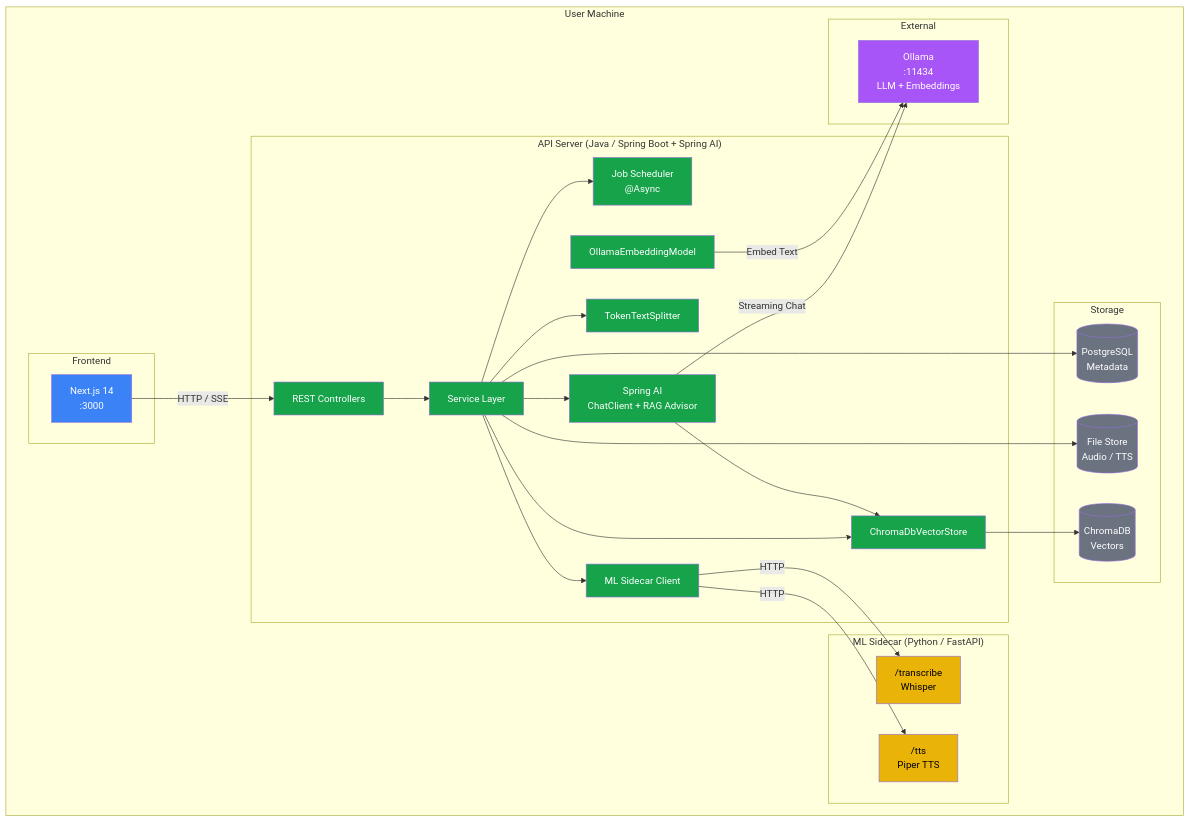
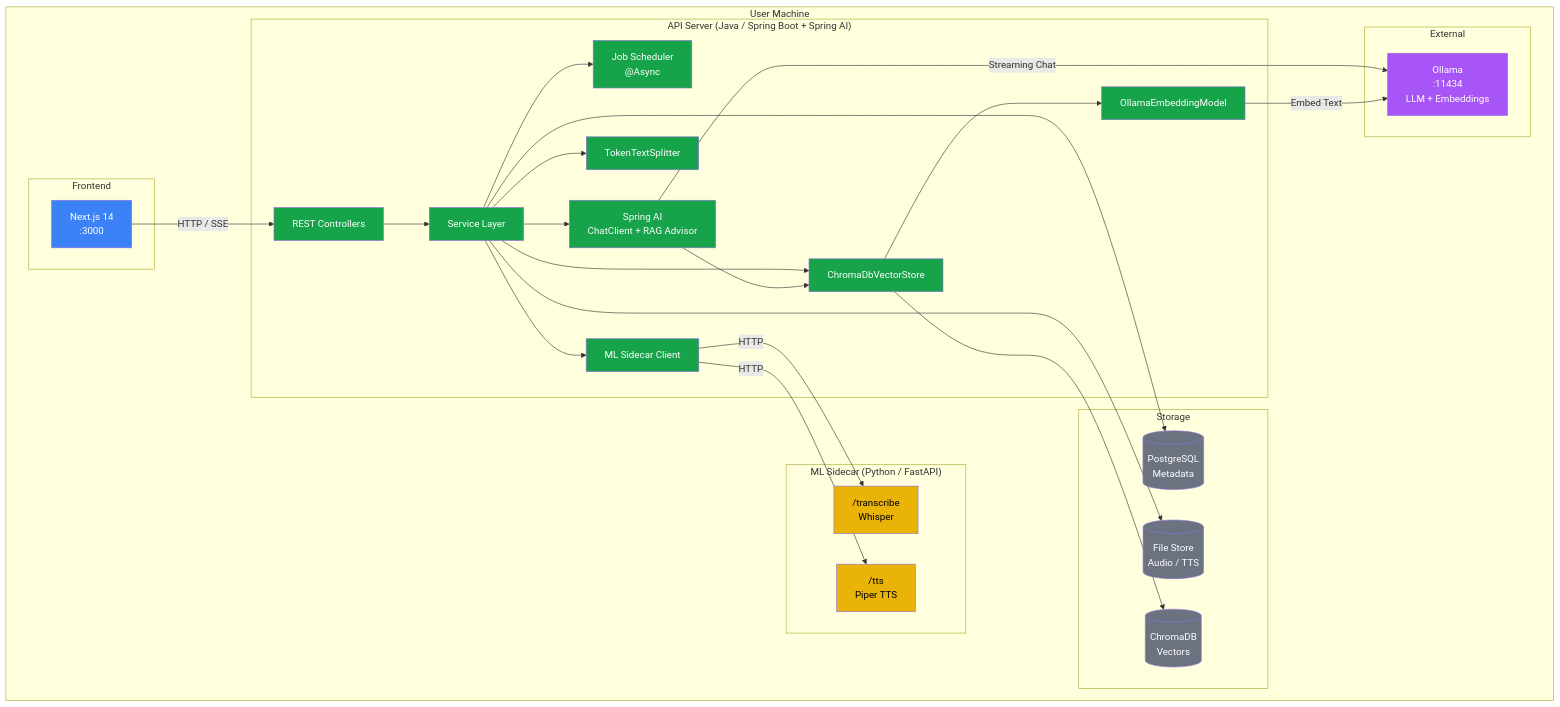
One commit to jsohi/localloom changed the first of 7 diagrams in docs/DIAGRAMS.md. Above: the diagram before and after it, drawn with Mermaid.

Commit message:
Add VectorStore → EmbedModel dependency in architecture diagram
ChromaDbVectorStore internally uses OllamaEmbeddingModel to generate
embeddings during both indexing and retrieval. Making this dependency
explicit improves diagram clarity.

````diff
--- a/docs/DIAGRAMS.md
+++ b/docs/DIAGRAMS.md
@@ -7,68 +7,69 @@
 ```mermaid
 graph TB
     subgraph User Machine
         subgraph Frontend
             UI[Next.js 14<br/>:3000]
         end
 
         subgraph API["API Server (Java / Spring Boot + Spring AI)"]
             Controllers[REST Controllers]
             Services[Service Layer]
             Jobs[Job Scheduler<br/>@Async]
             SpringAI[Spring AI<br/>ChatClient + RAG Advisor]
             EmbedModel[OllamaEmbeddingModel]
             VectorStore[ChromaDbVectorStore]
             Chunker[TokenTextSplitter]
             SidecarClient[ML Sidecar Client]
         end
 
         subgraph MLSidecar["ML Sidecar (Python / FastAPI)"]
             Transcribe["/transcribe<br/>Whisper"]
             TTS["/tts<br/>Piper TTS"]
         end
 
         subgraph Storage
             DB[(PostgreSQL<br/>Metadata)]
             Chroma[(ChromaDB<br/>Vectors)]
             Files[(File Store<br/>Audio / TTS)]
         end
 
         subgraph External
             Ollama[Ollama<br/>:11434<br/>LLM + Embeddings]
         end
     end
 
     UI -->|HTTP / SSE| Controllers
     Controllers --> Services
     Services --> Jobs
     Services --> SpringAI
     Services --> Chunker
     Services --> VectorStore
     Services --> SidecarClient
     Services --> DB
     Services --> Files
 
     SpringAI -->|Streaming Chat| Ollama
     EmbedModel -->|Embed Text| Ollama
     VectorStore --> Chroma
     SpringAI --> VectorStore
+    VectorStore --> EmbedModel
 
     SidecarClient -->|HTTP| Transcribe
     SidecarClient -->|HTTP| TTS
 
     style UI fill:#3b82f6,color:#fff
     style Controllers fill:#16a34a,color:#fff
     style Services fill:#16a34a,color:#fff
     style Jobs fill:#16a34a,color:#fff
     style SpringAI fill:#16a34a,color:#fff
     style EmbedModel fill:#16a34a,color:#fff
     style VectorStore fill:#16a34a,color:#fff
     style Chunker fill:#16a34a,color:#fff
     style SidecarClient fill:#16a34a,color:#fff
     style Transcribe fill:#eab308,color:#000
     style TTS fill:#eab308,color:#000
     style Ollama fill:#a855f7,color:#fff
     style DB fill:#6b7280,color:#fff
     style Chroma fill:#6b7280,color:#fff
     style Files fill:#6b7280,color:#fff
 ```
````
